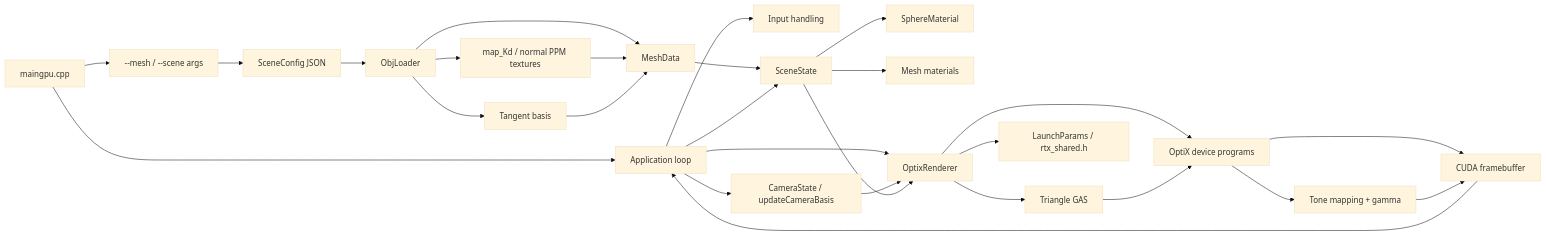
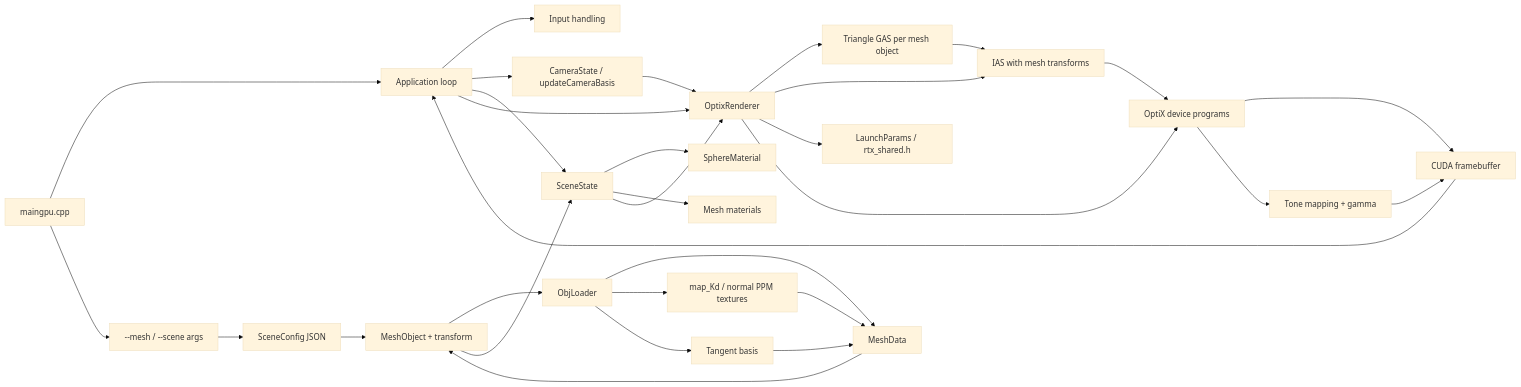
Before and after one commit to Tundraws/RayTracer: the first of 4 diagrams in RayTracerRTX/docs/architecture.md, drawn with Mermaid (base theme). The commit also changed other lines of this file and 17 other files, not shown here.

````diff
--- a/RayTracerRTX/docs/architecture.md
+++ b/RayTracerRTX/docs/architecture.md
@@ -9,29 +9,33 @@
 ```mermaid
 flowchart LR
     Main["maingpu.cpp"] --> App["Application loop"]
     Main --> Args["--mesh / --scene args"]
     Args --> SceneConfig["SceneConfig JSON"]
     App --> Input["Input handling"]
     App --> Camera["CameraState / updateCameraBasis"]
-    SceneConfig --> ObjLoader
+    SceneConfig --> MeshObject["MeshObject + transform"]
+    MeshObject --> ObjLoader
     ObjLoader["ObjLoader"] --> MeshData["MeshData"]
     ObjLoader --> Textures["map_Kd / normal PPM textures"]
     ObjLoader --> Tangents["Tangent basis"]
     Textures --> MeshData
     Tangents --> MeshData
-    MeshData --> Scene
+    MeshData --> MeshObject
+    MeshObject --> Scene
     App --> Scene["SceneState"]
     Scene --> Materials["SphereMaterial"]
     Scene --> MeshMaterials["Mesh materials"]
     App --> Renderer["OptixRenderer"]
     Camera --> Renderer
     Scene --> Renderer
-    Renderer --> TriangleGAS["Triangle GAS"]
+    Renderer --> TriangleGAS["Triangle GAS per mesh object"]
+    Renderer --> IAS["IAS with mesh transforms"]
     Renderer --> Shared["LaunchParams / rtx_shared.h"]
     Renderer --> Device["OptiX device programs"]
-    TriangleGAS --> Device
+    TriangleGAS --> IAS
+    IAS --> Device
     Device --> Framebuffer["CUDA framebuffer"]
     Device --> Post["Tone mapping + gamma"]
     Post --> Framebuffer
     Framebuffer --> App
 ```
````
